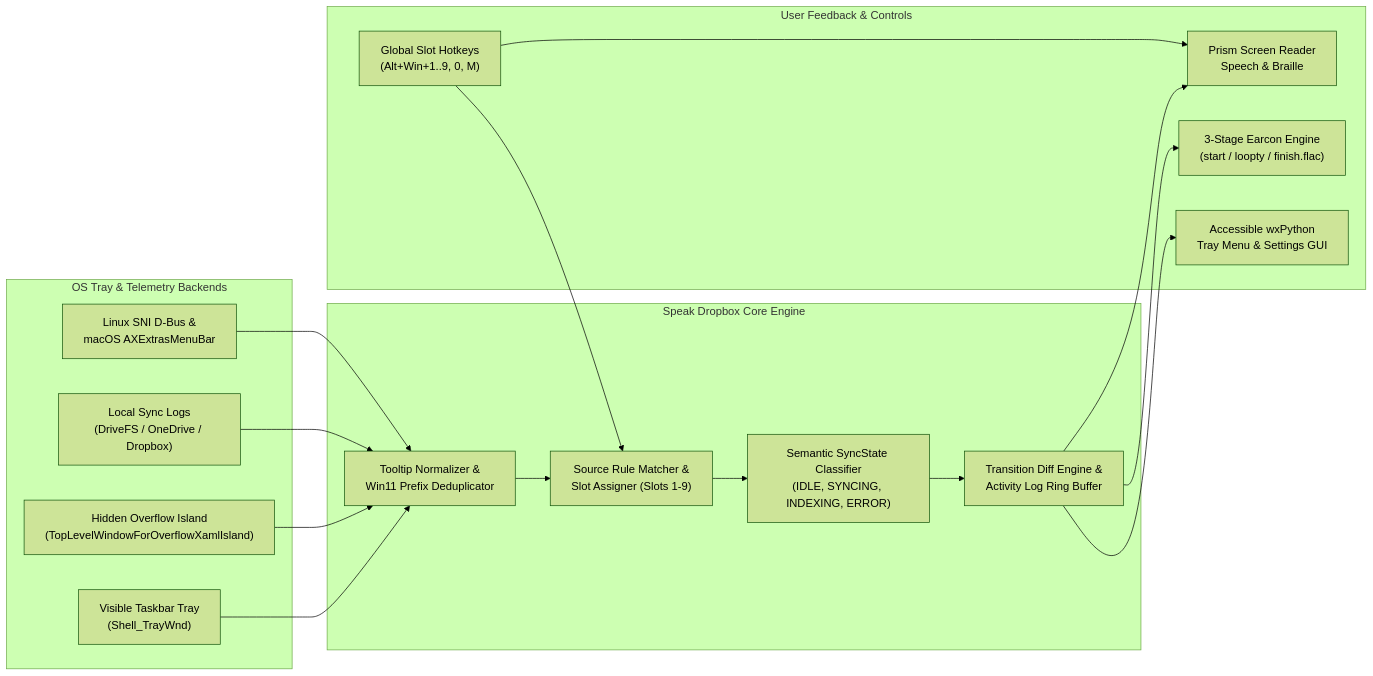
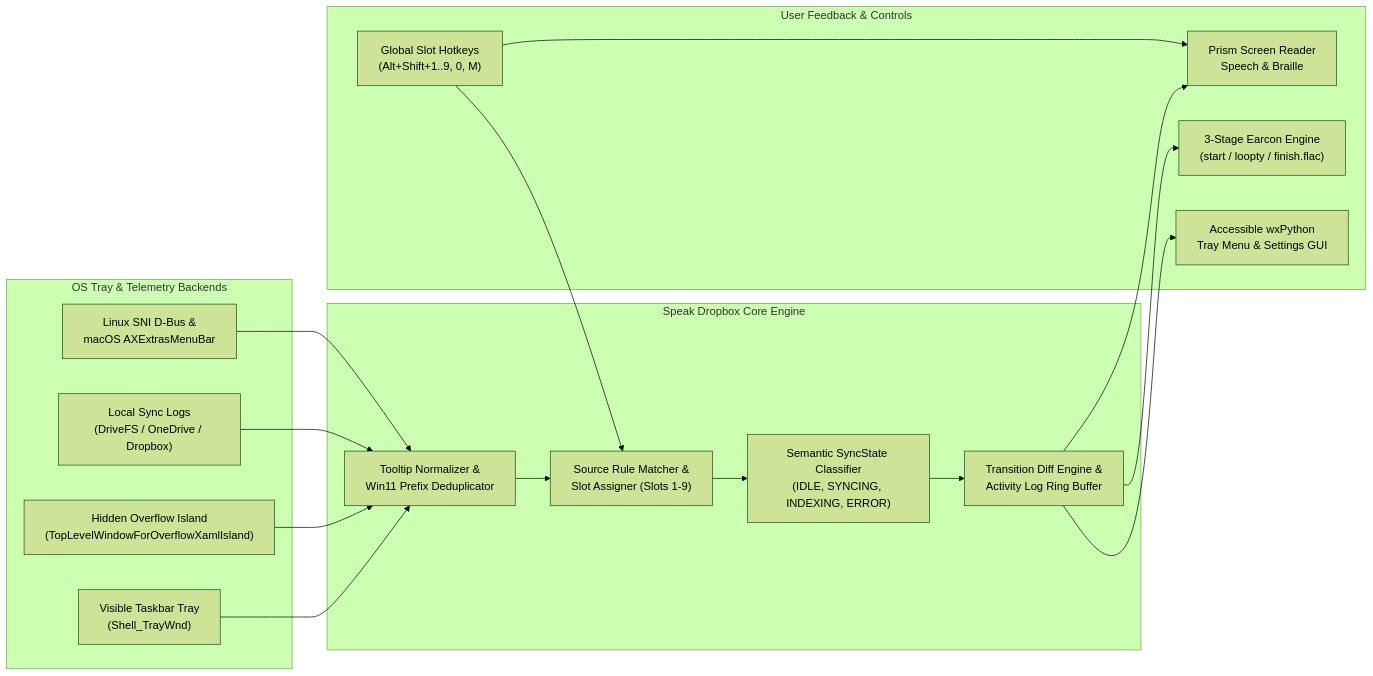
Before and after one commit to Aarushb/speak-sync: the diagram in README.md, drawn with Mermaid (forest theme). The commit also changed other lines of this file, not shown here.

Commit message:
docs: update global hotkey reference to Alt+Shift + number row

````diff
--- a/README.md
+++ b/README.md
@@ -114,36 +114,36 @@
 ```mermaid
 flowchart LR
     subgraph OS["OS Tray & Telemetry Backends"]
         WinVisible["Visible Taskbar Tray\n(Shell_TrayWnd)"]
         WinOverflow["Hidden Overflow Island\n(TopLevelWindowForOverflowXamlIsland)"]
         LocalLogs["Local Sync Logs\n(DriveFS / OneDrive / Dropbox)"]
         NixMac["Linux SNI D-Bus &\nmacOS AXExtrasMenuBar"]
     end
 
     subgraph Core["Speak Dropbox Core Engine"]
         Dedup["Tooltip Normalizer &\nWin11 Prefix Deduplicator"]
         Matcher["Source Rule Matcher &\nSlot Assigner (Slots 1-9)"]
         Classifier["Semantic SyncState Classifier\n(IDLE, SYNCING, INDEXING, ERROR)"]
         Diff["Transition Diff Engine &\nActivity Log Ring Buffer"]
     end
 
     subgraph Output["User Feedback & Controls"]
         Prism["Prism Screen Reader\nSpeech & Braille"]
         Audio["3-Stage Earcon Engine\n(start / loopty / finish.flac)"]
-        Hotkeys["Global Slot Hotkeys\n(Alt+Win+1..9, 0, M)"]
+        Hotkeys["Global Slot Hotkeys\n(Alt+Shift+1..9, 0, M)"]
         TrayUI["Accessible wxPython\nTray Menu & Settings GUI"]
     end
 
     WinVisible --> Dedup
     WinOverflow --> Dedup
     LocalLogs --> Dedup
     NixMac --> Dedup
     Dedup --> Matcher
     Matcher --> Classifier
     Classifier --> Diff
     Diff --> Prism
     Diff --> Audio
     Diff --> TrayUI
     Hotkeys --> Matcher
     Hotkeys --> Prism
 ```
````
